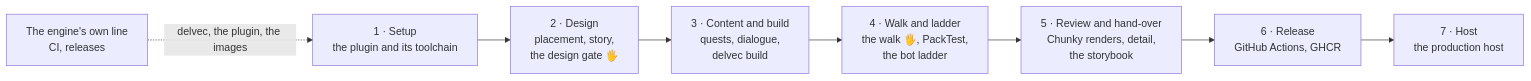
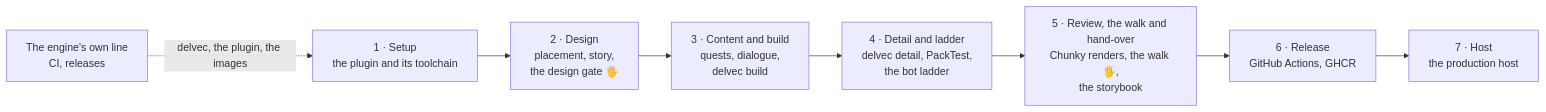
The first of 9 diagrams in docs/how-it-works.md (stellarfeline/delvewright), drawn with Mermaid before and after one commit. The commit also changed other lines of this file and 23 other files, not shown here.

````diff
--- a/docs/how-it-works.md
+++ b/docs/how-it-works.md
@@ -9,10 +9,10 @@
 ```mermaid
 flowchart LR
     S["1 · Setup<br/>the plugin and its toolchain"] --> D["2 · Design<br/>placement, story,<br/>the design gate 🖐"]
     D --> B["3 · Content and build<br/>quests, dialogue,<br/>delvec build"]
-    B --> V["4 · Walk and ladder<br/>the walk 🖐, PackTest,<br/>the bot ladder"]
-    V --> R["5 · Review and hand-over<br/>Chunky renders, detail,<br/>the storybook"]
+    B --> V["4 · Detail and ladder<br/>delvec detail, PackTest,<br/>the bot ladder"]
+    V --> R["5 · Review, the walk and hand-over<br/>Chunky renders, the walk 🖐,<br/>the storybook"]
     R --> P["6 · Release<br/>GitHub Actions, GHCR"]
     P --> H["7 · Host<br/>the production host"]
     E["The engine's own line<br/>CI, releases"] -.->|"delvec, the plugin, the images"| S
 ```
````
